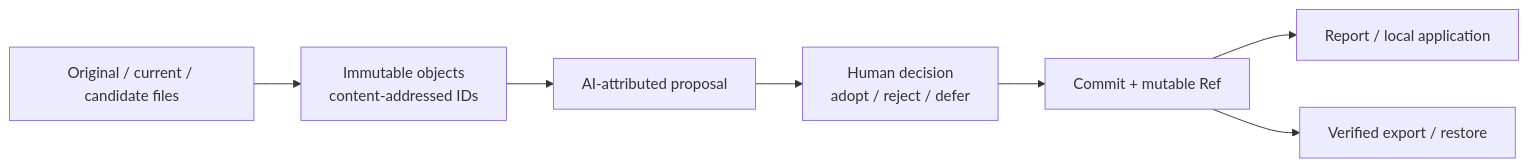
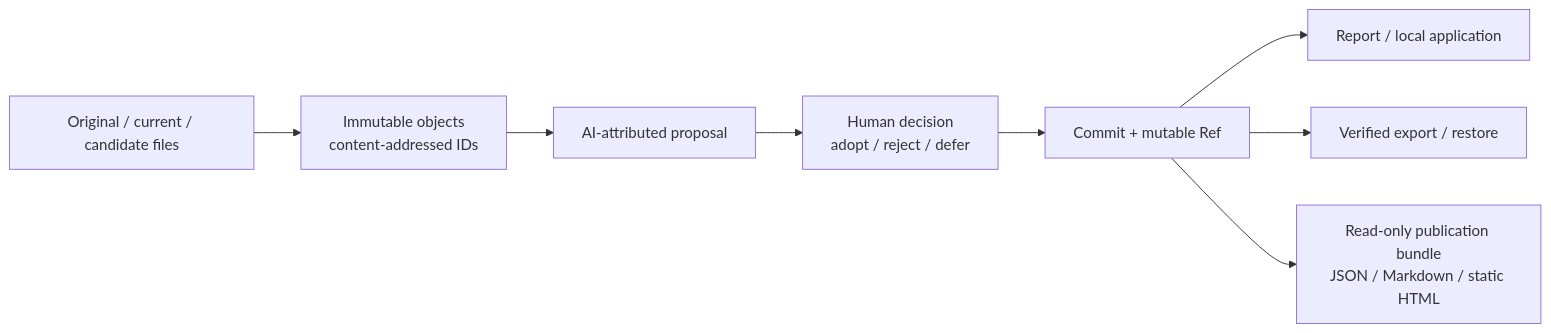
The diagram in README.ja.md (howlrs/synapsegit), drawn with Mermaid before and after one commit. The commit also changed other lines of this file and 31 other files, not shown here.

````diff
--- a/README.ja.md
+++ b/README.ja.md
@@ -125,9 +135,10 @@
 ```mermaid
 flowchart LR
     F["Original / current / candidate files"] --> O["Immutable objects\ncontent-addressed IDs"]
     O --> P["AI-attributed proposal"]
     P --> H["Human decision\nadopt / reject / defer"]
     H --> C["Commit + mutable Ref"]
     C --> R["Report / local application"]
     C --> A["Verified export / restore"]
+    C --> V["Read-only publication bundle\nJSON / Markdown / static HTML"]
 ```
````
